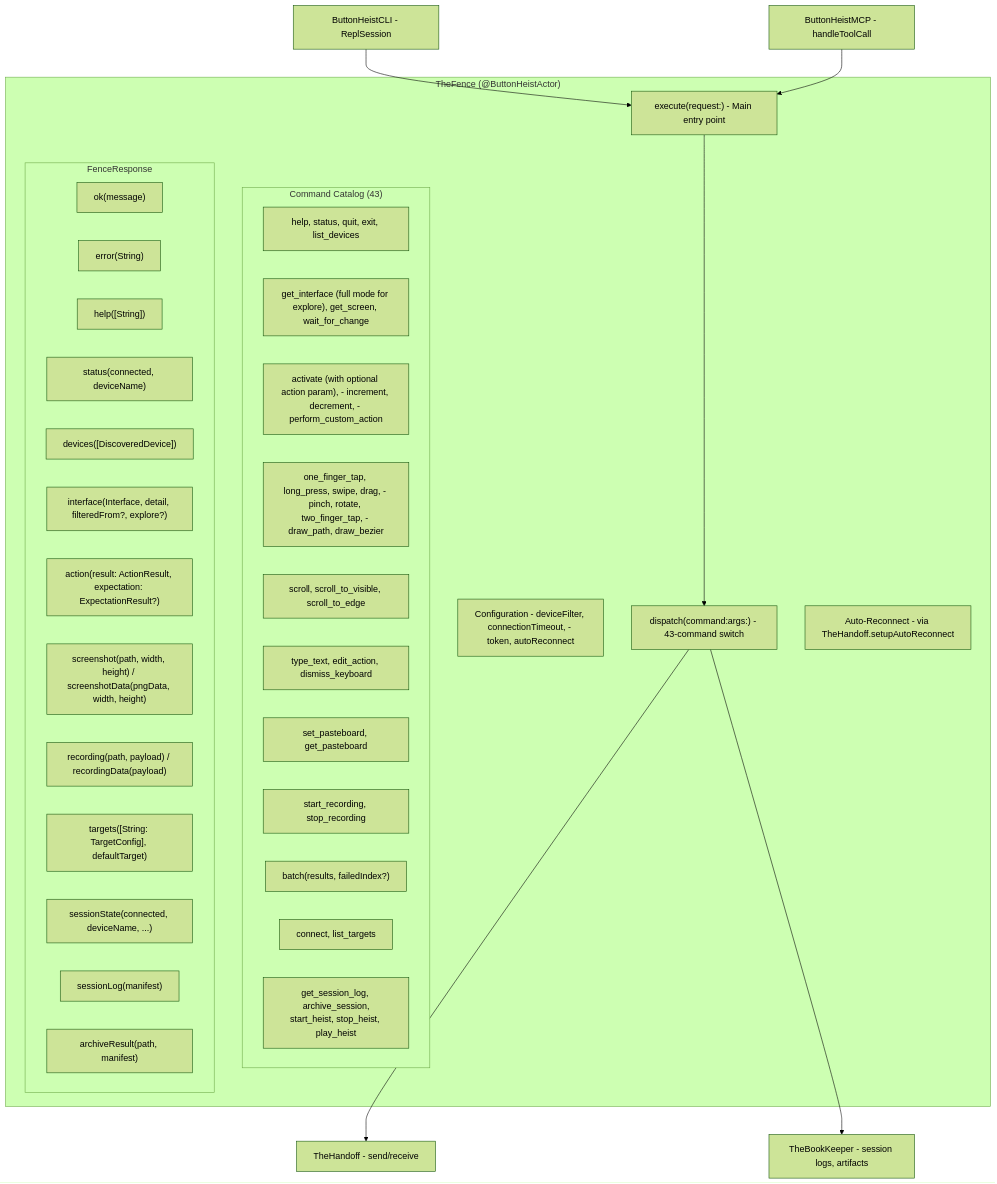
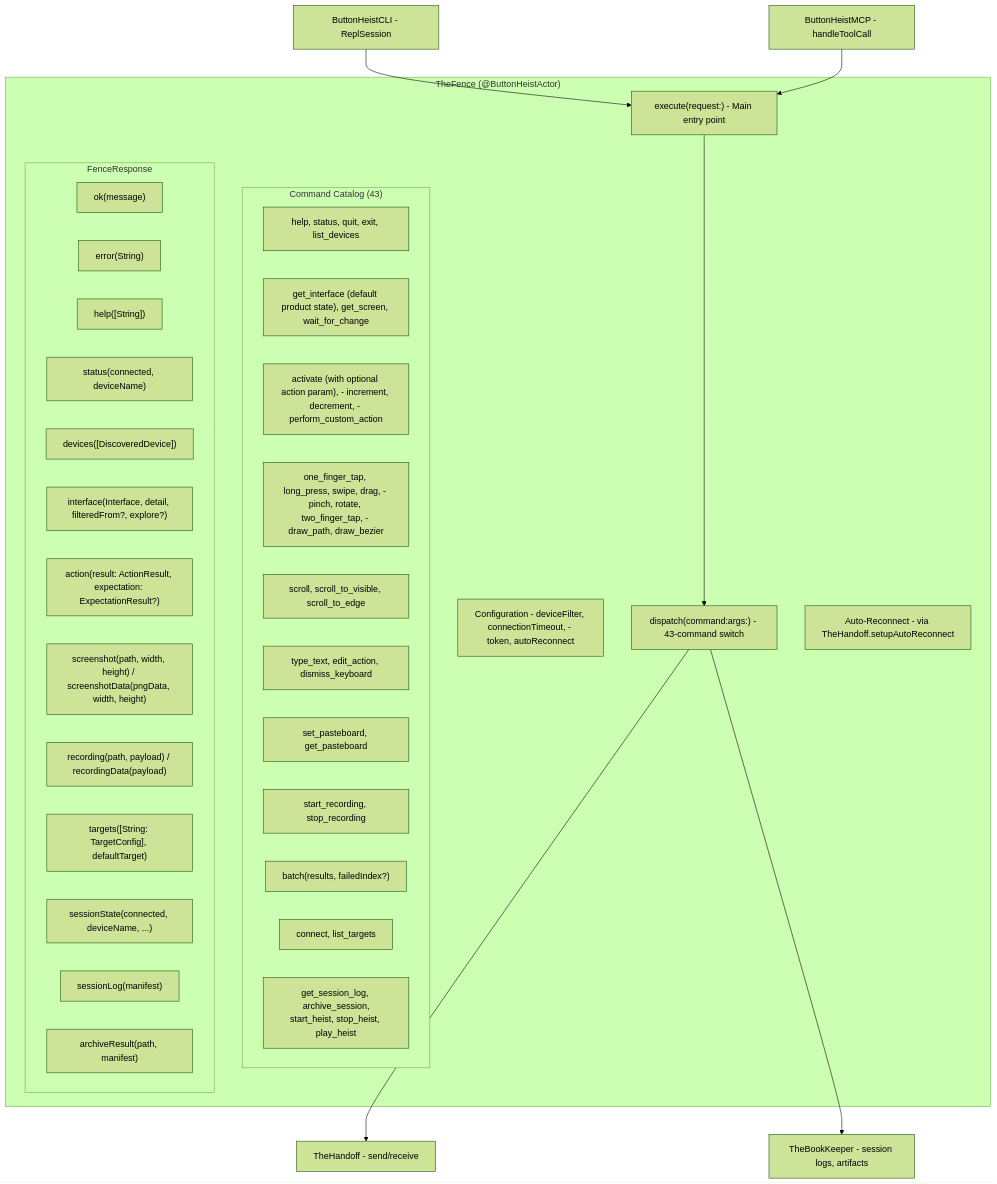
One commit to RoyalPineapple/TheButtonHeist changed the first of 3 diagrams in docs/dossiers/03-THEFENCE.md. Above: the diagram before and after it, drawn with Mermaid (forest theme). The commit also changed other lines of this file and 14 other files, not shown here.

Commit message:
Clarify get_interface full and visible contract

````diff
--- a/docs/dossiers/03-THEFENCE.md
+++ b/docs/dossiers/03-THEFENCE.md
@@ -29,46 +29,46 @@
 ```mermaid
 graph TD
     subgraph TheFence["TheFence (@ButtonHeistActor)"]
         Config["Configuration - deviceFilter, connectionTimeout, - token, autoReconnect"]
         Execute["execute(request:) - Main entry point"]
         Dispatch["dispatch(command:args:) - 43-command switch"]
         Reconnect["Auto-Reconnect - via TheHandoff.setupAutoReconnect"]
 
         subgraph Commands["Command Catalog (43)"]
             Conn["help, status, quit, exit, list_devices"]
-            IF["get_interface (full mode for explore), get_screen, wait_for_change"]
+            IF["get_interface (default product state), get_screen, wait_for_change"]
             Access["activate (with optional action param), - increment, decrement, - perform_custom_action"]
             Gesture["one_finger_tap, long_press, swipe, drag, - pinch, rotate, two_finger_tap, - draw_path, draw_bezier"]
             Scroll["scroll, scroll_to_visible, scroll_to_edge"]
             Text["type_text, edit_action, dismiss_keyboard"]
             Pasteboard["set_pasteboard, get_pasteboard"]
             Rec["start_recording, stop_recording"]
             Batch["run_batch, get_session_state, wait_for"]
             Target["connect, list_targets"]
             BookKeeper["get_session_log, archive_session,\nstart_heist, stop_heist, play_heist"]
         end
 
         subgraph Response["FenceResponse"]
             Ok["ok(message)"]
             Err["error(String)"]
             Help["help([String])"]
             Status["status(connected, deviceName)"]
             DevList["devices([DiscoveredDevice])"]
             IFResp["interface(Interface, detail, filteredFrom?, explore?)"]
             Action["action(result: ActionResult, expectation: ExpectationResult?)"]
             Screenshot["screenshot(path, width, height) / screenshotData(pngData, width, height)"]
             Recording["recording(path, payload) / recordingData(payload)"]
             Targets["targets([String: TargetConfig], defaultTarget)"]
             Batch["batch(results, failedIndex?)"]
             SessionState["sessionState(connected, deviceName, ...)"]
             SessionLog["sessionLog(manifest)"]
             ArchiveResult["archiveResult(path, manifest)"]
         end
     end
 
     CLI["ButtonHeistCLI - ReplSession"] --> Execute
     MCP["ButtonHeistMCP - handleToolCall"] --> Execute
     Execute --> Dispatch
     Dispatch --> Client["TheHandoff - send/receive"]
     Dispatch --> BookKeeperObj["TheBookKeeper - session logs, artifacts"]
 ```
````
